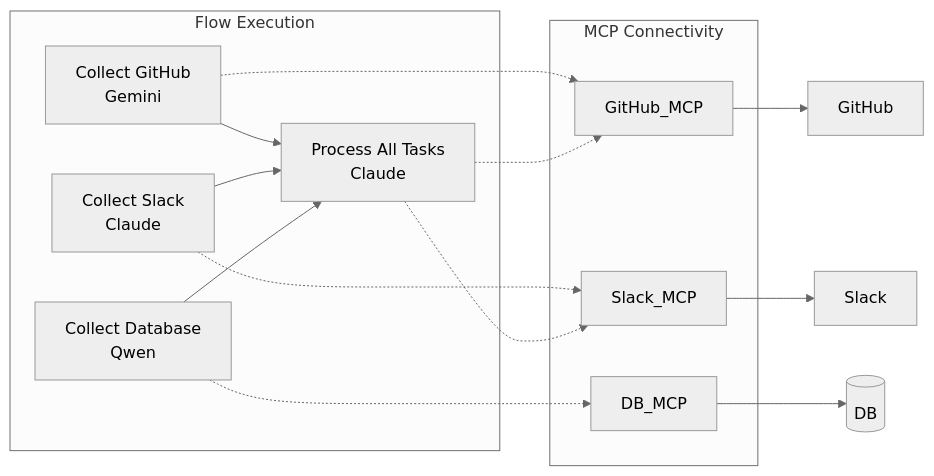
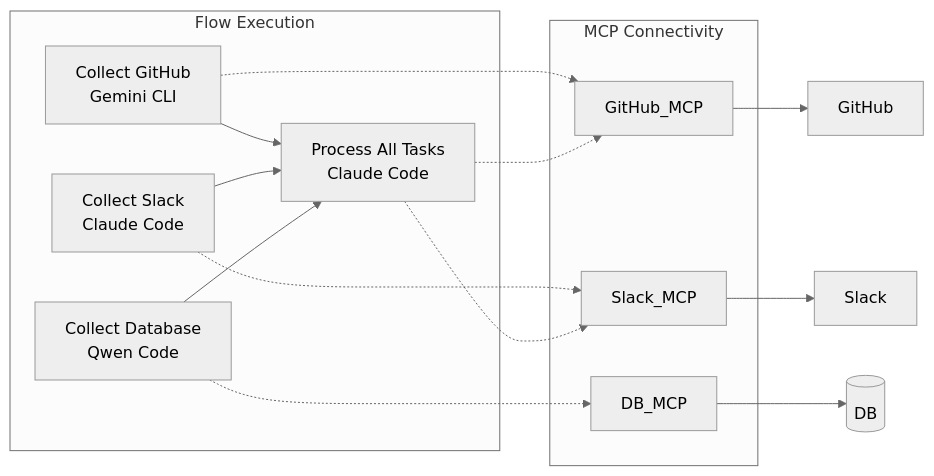
Before and after one commit to diazoxide/autoteam: the fifth of 5 diagrams in README.md, drawn with Mermaid (neutral theme). The commit also changed other lines of this file, not shown here.

First line of the commit message:
Update AI agent names to specify CLI/Code versions and scalability

````diff
--- a/README.md
+++ b/README.md
@@ -231,25 +232,25 @@
 ```mermaid
 graph LR
     subgraph "Flow Execution"
-        F1[Collect GitHub<br/>Gemini]
-        F2[Collect Slack<br/>Claude]
-        F3[Collect Database<br/>Qwen]
-        F4[Process All Tasks<br/>Claude]
+        F1[Collect GitHub<br/>Gemini CLI]
+        F2[Collect Slack<br/>Claude Code]
+        F3[Collect Database<br/>Qwen Code]
+        F4[Process All Tasks<br/>Claude Code]
         
         F1 --> F4
         F2 --> F4
         F3 --> F4
     end
     
     subgraph "MCP Connectivity"
         F1 -.-> GitHub_MCP
         F2 -.-> Slack_MCP
         F3 -.-> DB_MCP
         F4 -.-> GitHub_MCP
         F4 -.-> Slack_MCP
     end
     
     GitHub_MCP --> GitHub_API[GitHub]
     Slack_MCP --> Slack_API[Slack]
     DB_MCP --> Database_API[(DB)]
 ```
````
